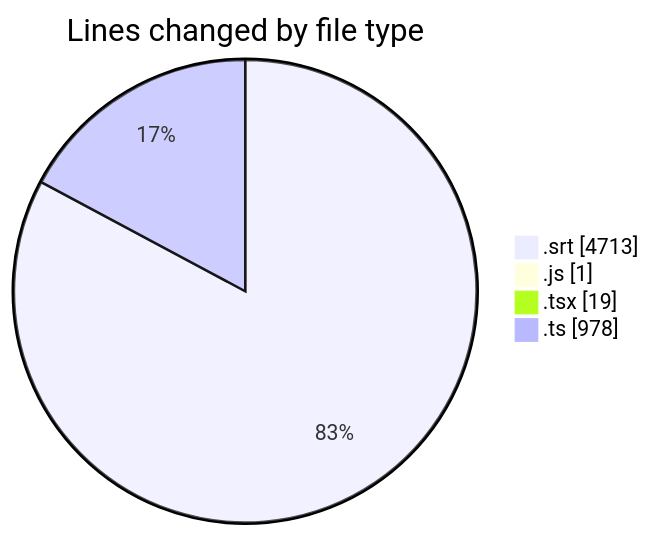
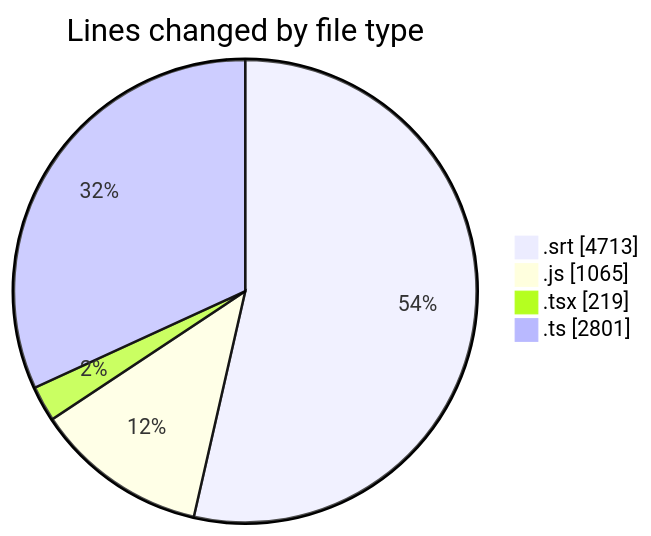
The first of 2 diagrams in 2026-09-21/cda/README.md (momahboobian/code-tracking), drawn with Mermaid before and after one commit. The commit also changed other lines of this file and 1 other file, not shown here.

````diff
--- a/2026-09-21/cda/README.md
+++ b/2026-09-21/cda/README.md
@@ -26,8 +31,8 @@
 ```mermaid
 pie showData
 title Lines changed by file type
 ".srt" : 4713
-".js" : 1
-".tsx" : 19
-".ts" : 978
+".js" : 1065
+".tsx" : 219
+".ts" : 2801
 ```
````
